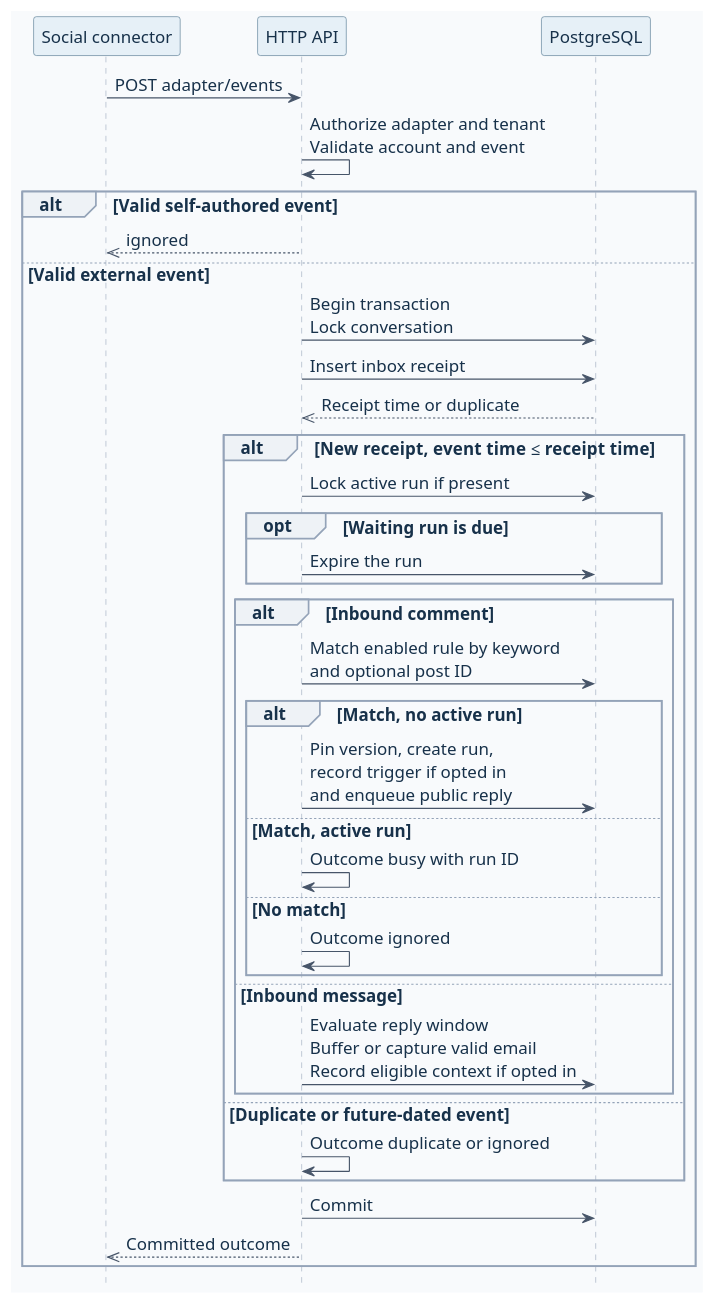
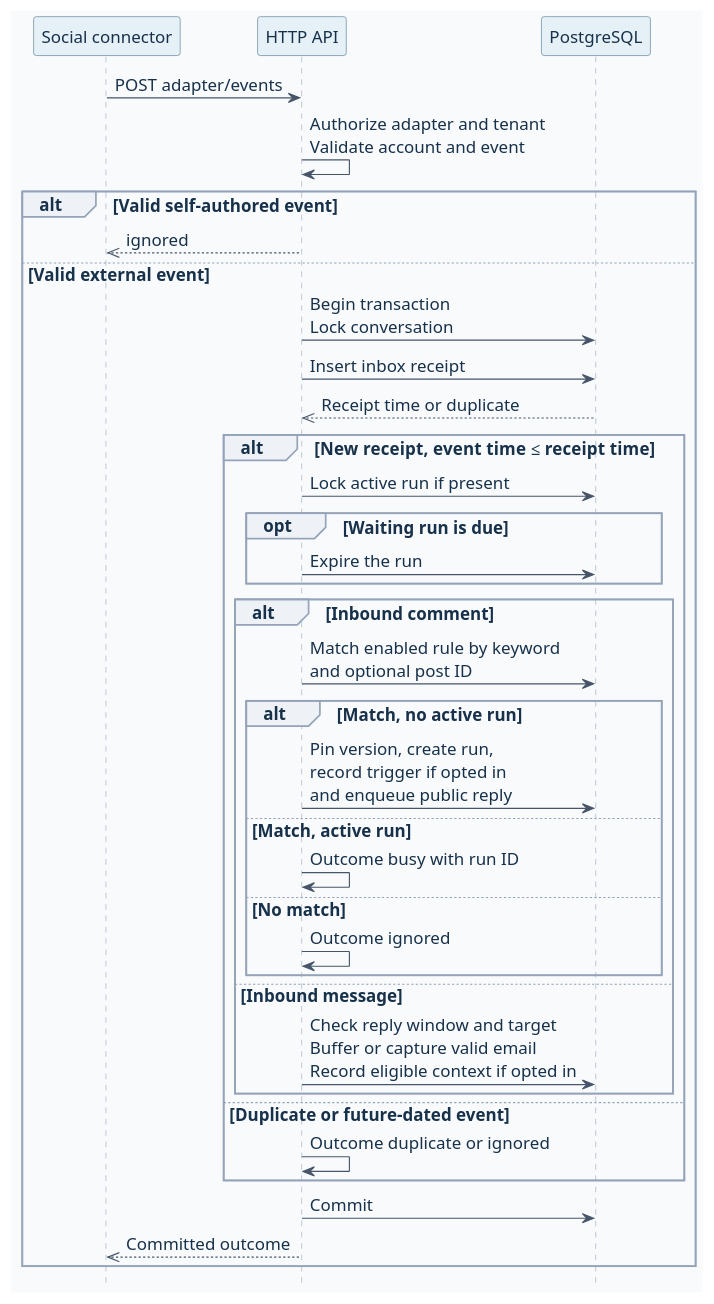
Before and after one commit to ByAxe/blotato-comment-automations: the diagram in docs/diagrams/ingestion.puml, drawn with PlantUML. The commit also changed 11 other files, not shown here.

```diff
--- a/docs/diagrams/ingestion.puml
+++ b/docs/diagrams/ingestion.puml
@@ -1,57 +1,57 @@
 @startuml
 hide footbox
 skinparam BackgroundColor #F8FAFC
 skinparam DefaultFontName SansSerif
 skinparam DefaultFontColor #17314A
 skinparam DefaultFontSize 15
 skinparam Shadowing false
 skinparam ArrowColor #475569
 skinparam SequenceLifeLineBorderColor #94A3B8
 skinparam SequenceParticipantBackgroundColor #E6F0F7
 skinparam SequenceParticipantBorderColor #456C87
 skinparam SequenceGroupBackgroundColor #EEF2F6
 skinparam SequenceGroupBorderColor #94A3B8
 <style>
 participant {
   Padding 12
 }
 </style>
 skinparam BoxPadding 12
 skinparam maxMessageSize 260
 
 participant "Social connector" as gateway
 participant "HTTP API" as api
 participant "PostgreSQL" as db
 
 gateway -> api : POST adapter/events
 api -> api : Authorize adapter and tenant\nValidate account and event
 alt Valid self-authored event
   api -->> gateway : ignored
 else Valid external event
   api -> db : Begin transaction\nLock conversation
   api -> db : Insert inbox receipt
   db -->> api : Receipt time or duplicate
   alt New receipt, event time ≤ receipt time
     api -> db : Lock active run if present
     opt Waiting run is due
       api -> db : Expire the run
     end
     alt Inbound comment
       api -> db : Match enabled rule by keyword\nand optional post ID
       alt Match, no active run
         api -> db : Pin version, create run,\nrecord trigger if opted in\nand enqueue public reply
       else Match, active run
         api -> api : Outcome busy with run ID
       else No match
         api -> api : Outcome ignored
       end
     else Inbound message
-      api -> db : Evaluate reply window\nBuffer or capture valid email\nRecord eligible context if opted in
+      api -> db : Check reply window and target\nBuffer or capture valid email\nRecord eligible context if opted in
     end
   else Duplicate or future-dated event
     api -> api : Outcome duplicate or ignored
   end
   api -> db : Commit
   api -->> gateway : Committed outcome
 end
 @enduml
```
